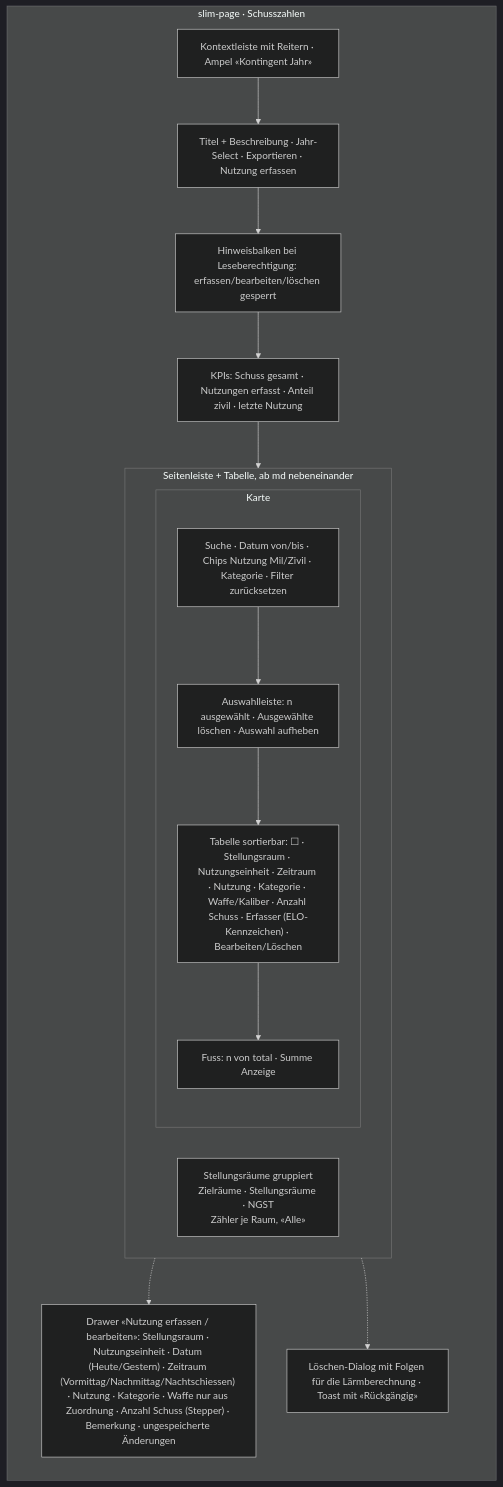
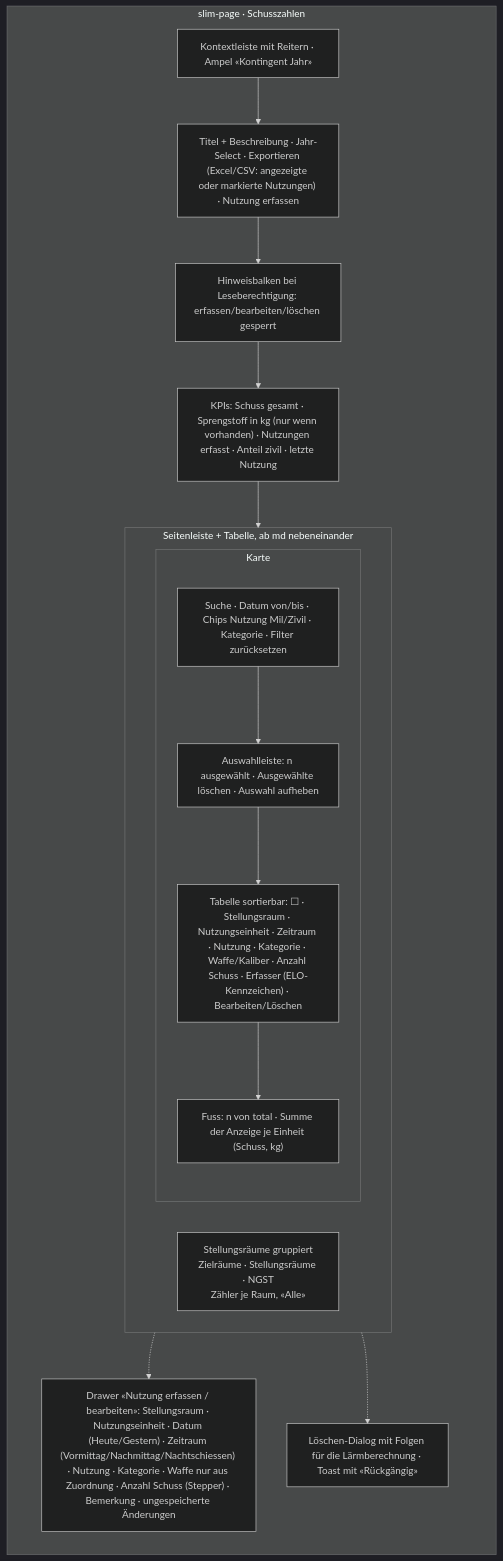
Before and after one commit to WeslleyDeSouza/slim-shooting-range-noise-management: the third of 4 diagrams in docs/architecture/ui-ansichten.md, drawn with Mermaid (dark theme). The commit also changed other lines of this file and 32 other files, not shown here.

````diff
--- a/docs/architecture/ui-ansichten.md
+++ b/docs/architecture/ui-ansichten.md
@@ -101,27 +101,27 @@
 ```mermaid
 flowchart TB
   subgraph Page["slim-page · Schusszahlen"]
     direction TB
     CTX["Kontextleiste mit Reitern · Ampel «Kontingent Jahr»"]
-    HEAD["Titel + Beschreibung · Jahr-Select · Exportieren · Nutzung erfassen"]
+    HEAD["Titel + Beschreibung · Jahr-Select · Exportieren (Excel/CSV: angezeigte oder markierte Nutzungen) · Nutzung erfassen"]
     RO["Hinweisbalken bei Leseberechtigung: erfassen/bearbeiten/löschen gesperrt"]
-    KPI["KPIs: Schuss gesamt · Nutzungen erfasst · Anteil zivil · letzte Nutzung"]
+    KPI["KPIs: Schuss gesamt · Sprengstoff in kg (nur wenn vorhanden) · Nutzungen erfasst · Anteil zivil · letzte Nutzung"]
     subgraph Split["Seitenleiste + Tabelle, ab md nebeneinander"]
       direction LR
       ROOMS["Stellungsräume gruppiert<br/>Zielräume · Stellungsräume · NGST<br/>Zähler je Raum, «Alle»"]
       subgraph Card["Karte"]
         direction TB
         TOOL["Suche · Datum von/bis · Chips Nutzung Mil/Zivil · Kategorie · Filter zurücksetzen"]
         BULK["Auswahlleiste: n ausgewählt · Ausgewählte löschen · Auswahl aufheben"]
         TBL["Tabelle sortierbar: ☐ · Stellungsraum · Nutzungseinheit · Zeitraum · Nutzung · Kategorie · Waffe/Kaliber · Anzahl Schuss · Erfasser (ELO-Kennzeichen) · Bearbeiten/Löschen"]
-        FOOT["Fuss: n von total · Summe Anzeige"]
+        FOOT["Fuss: n von total · Summe der Anzeige je Einheit (Schuss, kg)"]
         TOOL --> BULK --> TBL --> FOOT
       end
     end
     DRAWER["Drawer «Nutzung erfassen / bearbeiten»: Stellungsraum · Nutzungseinheit · Datum (Heute/Gestern) · Zeitraum (Vormittag/Nachmittag/Nachtschiessen) · Nutzung · Kategorie · Waffe nur aus Zuordnung · Anzahl Schuss (Stepper) · Bemerkung · ungespeicherte Änderungen"]
     MODAL["Löschen-Dialog mit Folgen für die Lärmberechnung · Toast mit «Rückgängig»"]
     CTX --> HEAD --> RO --> KPI --> Split
     Split -.-> DRAWER
     Split -.-> MODAL
   end
 ```
````
